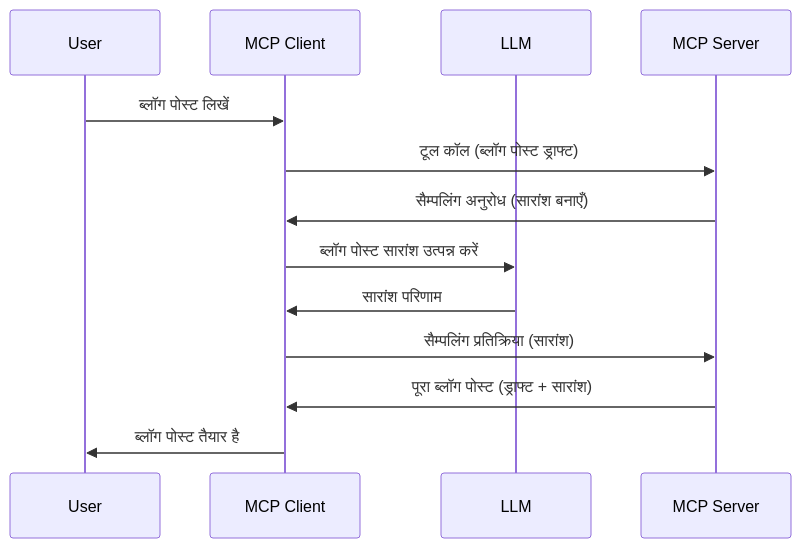
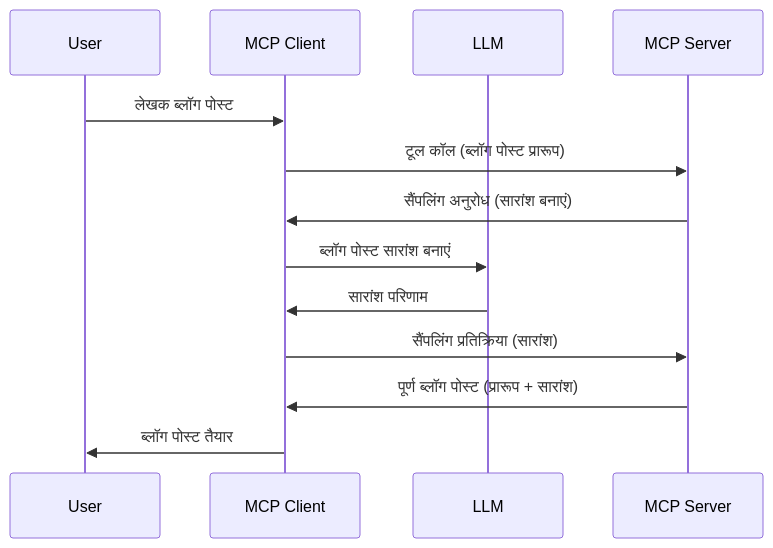
Before and after one commit to HIDORAKAI002/ai-workspace-archive: the diagram in mcp_ecosystem__model_context_protocol/mcp_learning_resources/mcp-for-beginners/translations/hi/03-GettingStarted/14-sampling/README.md, drawn with Mermaid. The commit also changed other lines of this file and 1046 other files, not shown here.

````diff
--- a/mcp_ecosystem__model_context_protocol/mcp_learning_resources/mcp-for-beginners/translations/hi/03-GettingStarted/14-sampling/README.md
+++ b/mcp_ecosystem__model_context_protocol/mcp_learning_resources/mcp-for-beginners/translations/hi/03-GettingStarted/14-sampling/README.md
@@ -23,16 +25,16 @@
 ```mermaid
 sequenceDiagram
     participant User
     participant MCP Client
     participant LLM
     participant MCP Server
 
-    User->>MCP Client: ब्लॉग पोस्ट लिखें
-    MCP Client->>MCP Server: टूल कॉल (ब्लॉग पोस्ट ड्राफ्ट)
-    MCP Server->>MCP Client: सैम्पलिंग अनुरोध (सारांश बनाएँ)
-    MCP Client->>LLM: ब्लॉग पोस्ट सारांश उत्पन्न करें
+    User->>MCP Client: लेखक ब्लॉग पोस्ट
+    MCP Client->>MCP Server: टूल कॉल (ब्लॉग पोस्ट प्रारूप)
+    MCP Server->>MCP Client: सैंपलिंग अनुरोध (सारांश बनाएं)
+    MCP Client->>LLM: ब्लॉग पोस्ट सारांश बनाएं
     LLM->>MCP Client: सारांश परिणाम
-    MCP Client->>MCP Server: सैम्पलिंग प्रतिक्रिया (सारांश)
-    MCP Server->>MCP Client: पूरा ब्लॉग पोस्ट (ड्राफ्ट + सारांश)
-    MCP Client->>User: ब्लॉग पोस्ट तैयार है
+    MCP Client->>MCP Server: सैंपलिंग प्रतिक्रिया (सारांश)
+    MCP Server->>MCP Client: पूर्ण ब्लॉग पोस्ट (प्रारूप + सारांश)
+    MCP Client->>User: ब्लॉग पोस्ट तैयार
 ```
````
